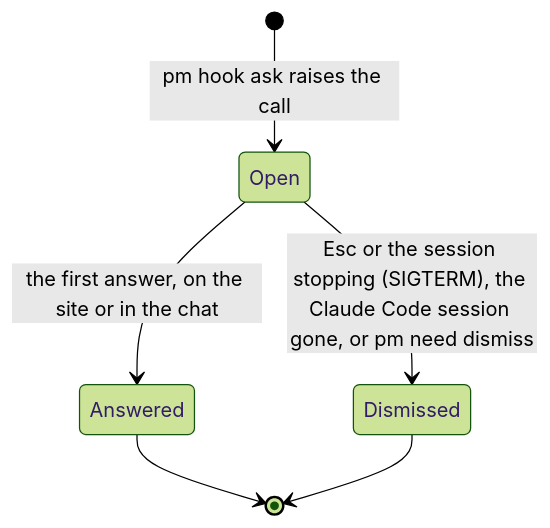
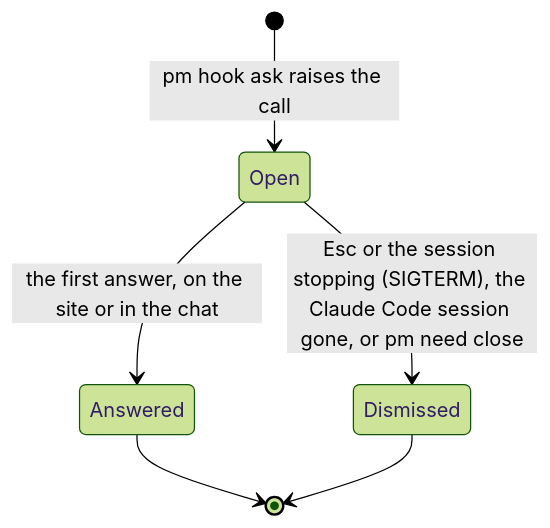
Before and after one commit to Yeeef/pm: the third of 3 diagrams in design/owner-questions.md, drawn with Mermaid (forest theme). The commit also changed other lines of this file and 12 other files, not shown here.

````diff
--- a/design/owner-questions.md
+++ b/design/owner-questions.md
@@ -270,8 +270,8 @@
 ```mermaid
 stateDiagram-v2
   [*] --> Open: pm hook ask raises the call
   Open --> Answered: the first answer, on the site or in the chat
-  Open --> Dismissed: Esc or the session stopping (SIGTERM), the Claude Code session gone, or pm need dismiss
+  Open --> Dismissed: Esc or the session stopping (SIGTERM), the Claude Code session gone, or pm need close
   Answered --> [*]
   Dismissed --> [*]
 ```
````
